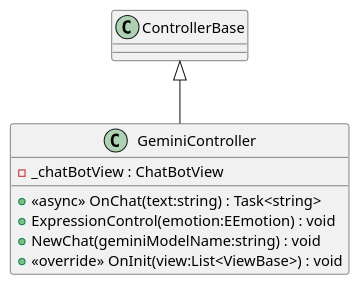
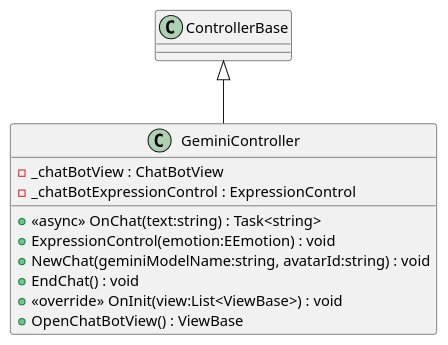
The diagram in src/Assets/Scripts/Core/ChatBotModule/puml/Controller/GeminiController.puml (cutehusky/VirtualChat3D), drawn with PlantUML before and after one commit. The commit also changed 101 other files, not shown here.

First line of the commit message:
update framework and create uml for OnlineRuntimeModule

```diff
--- a/src/Assets/Scripts/Core/ChatBotModule/puml/Controller/GeminiController.puml
+++ b/src/Assets/Scripts/Core/ChatBotModule/puml/Controller/GeminiController.puml
@@ -1,10 +1,13 @@
 @startuml
 class GeminiController {
     - _chatBotView : ChatBotView
+    - _chatBotExpressionControl : ExpressionControl
     + <<async>> OnChat(text:string) : Task<string>
     + ExpressionControl(emotion:EEmotion) : void
-    + NewChat(geminiModelName:string) : void
+    + NewChat(geminiModelName:string, avatarId:string) : void
+    + EndChat() : void
     + <<override>> OnInit(view:List<ViewBase>) : void
+    + OpenChatBotView() : ViewBase
 }
 ControllerBase <|-- GeminiController
 @enduml
```
